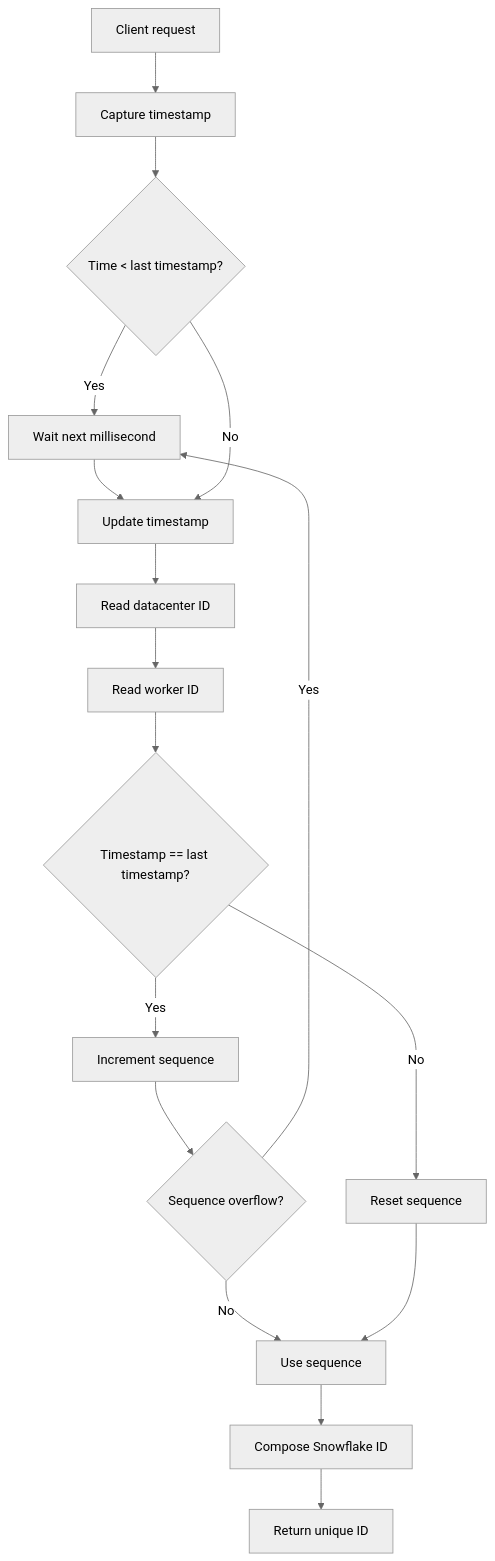
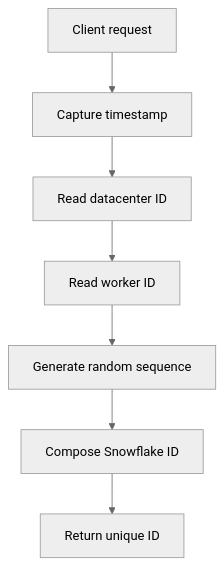
One commit to Albe83/cn-crud-app changed the diagram in docs/resourceid_flowchart.mmd. Above: the diagram before and after it, drawn with Mermaid (neutral theme). The commit also changed 1 other file, not shown here.

Commit message:
Update Resource ID docs with stateless flow

```diff
--- a/docs/resourceid_flowchart.mmd
+++ b/docs/resourceid_flowchart.mmd
@@ -1,17 +1,7 @@
 flowchart TD
     A[Client request] --> B[Capture timestamp]
-    B --> C{Time < last timestamp?}
-    C -- Yes --> D[Wait next millisecond]
-    D --> E[Update timestamp]
-    C -- No --> E
-    E --> F[Read datacenter ID]
-    F --> G[Read worker ID]
-    G --> H{Timestamp == last timestamp?}
-    H -- Yes --> I[Increment sequence]
-    H -- No --> J[Reset sequence]
-    I --> K{Sequence overflow?}
-    K -- Yes --> D
-    K -- No --> L[Use sequence]
-    J --> L
-    L --> M[Compose Snowflake ID]
-    M --> N[Return unique ID]
+    B --> C[Read datacenter ID]
+    C --> D[Read worker ID]
+    D --> E[Generate random sequence]
+    E --> F[Compose Snowflake ID]
+    F --> G[Return unique ID]
```
